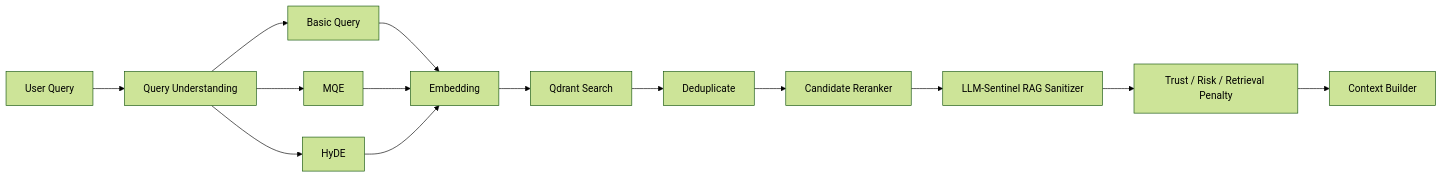
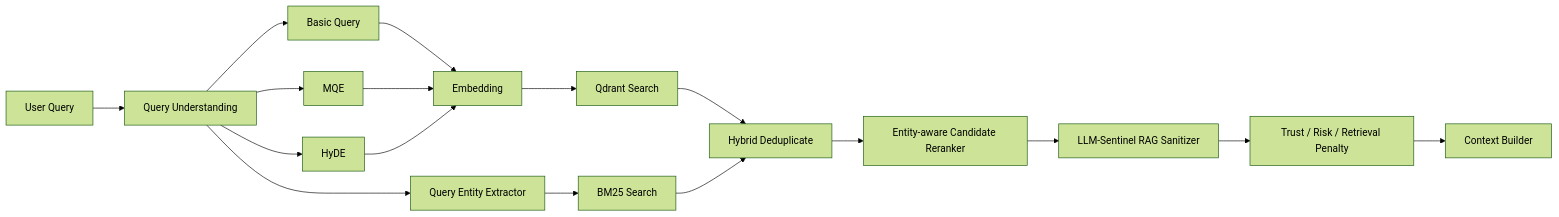
The first of 5 diagrams in README.md (dawnyang91-boop/paper-assist-agent), drawn with Mermaid (forest theme) before and after one commit. The commit also changed other lines of this file and 14 other files, not shown here.

````diff
--- a/README.md
+++ b/README.md
@@ -58,16 +58,19 @@
 ```mermaid
 flowchart LR
     A[User Query] --> B[Query Understanding]
     B --> C1[Basic Query]
     B --> C2[MQE]
     B --> C3[HyDE]
     C1 --> D[Embedding]
     C2 --> D
     C3 --> D
     D --> E[Qdrant Search]
-    E --> F[Deduplicate]
-    F --> G[Candidate Reranker]
+    B --> K[Query Entity Extractor]
+    K --> L[BM25 Search]
+    E --> F[Hybrid Deduplicate]
+    L --> F
+    F --> G[Entity-aware Candidate Reranker]
     G --> H[LLM-Sentinel RAG Sanitizer]
     H --> I[Trust / Risk / Retrieval Penalty]
     I --> J[Context Builder]
 ```
````
